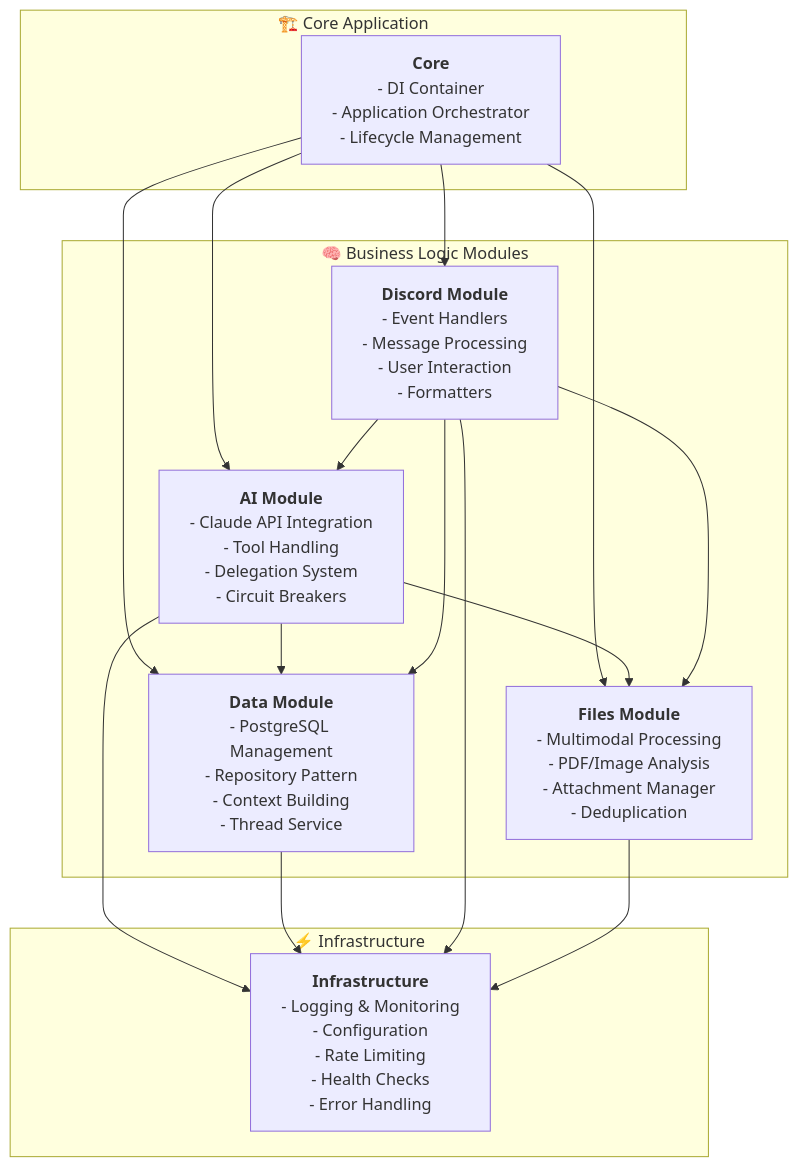
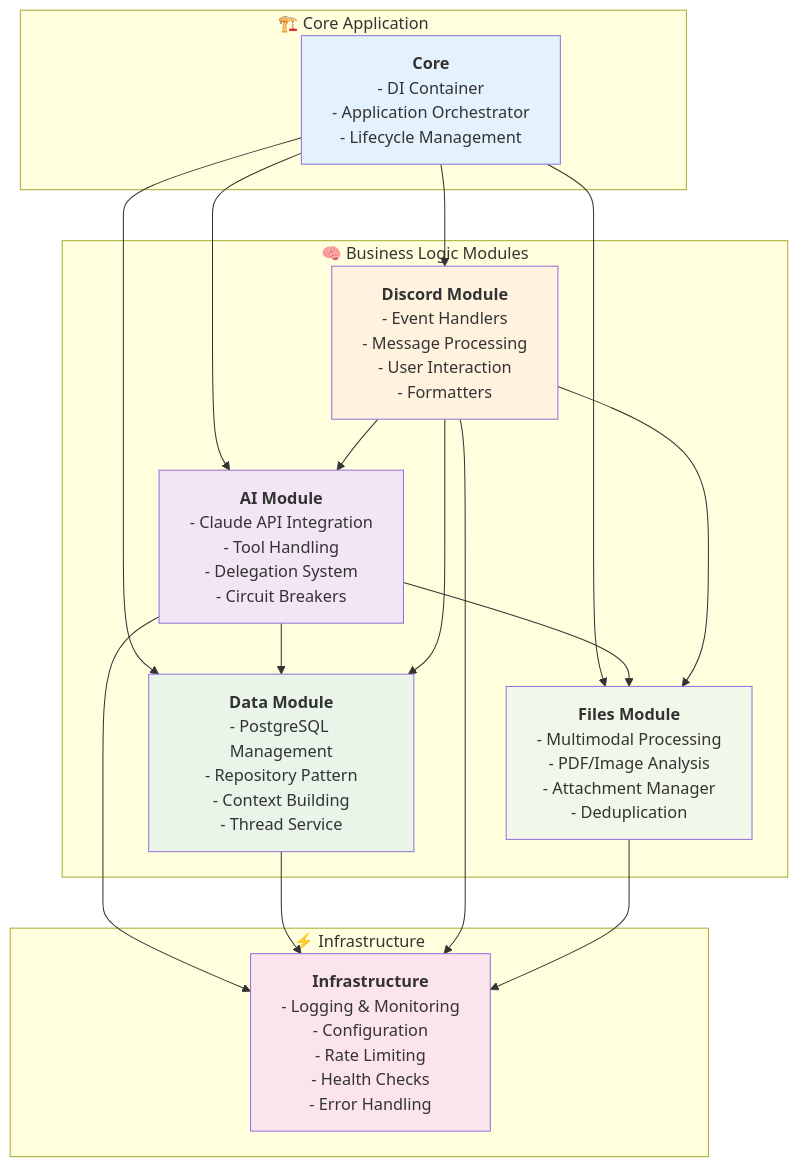
One commit to Surebob/discord-claude changed the first of 13 diagrams in README.md. Above: the diagram before and after it, drawn with Mermaid. The commit also changed other lines of this file, not shown here.

````diff
--- a/README.md
+++ b/README.md
@@ -12,60 +12,67 @@
 ```mermaid
 graph TB
     subgraph "🏗️ Core Application"
         Core["`**Core**
         - DI Container
         - Application Orchestrator
         - Lifecycle Management`"]
     end
     
     subgraph "🧠 Business Logic Modules"
         AI["`**AI Module**
         - Claude API Integration
         - Tool Handling
         - Delegation System
         - Circuit Breakers`"]
         
         Data["`**Data Module**
         - PostgreSQL Management
         - Repository Pattern
         - Context Building
         - Thread Service`"]
         
         Discord["`**Discord Module**
         - Event Handlers
         - Message Processing
         - User Interaction
         - Formatters`"]
         
         Files["`**Files Module**
         - Multimodal Processing
         - PDF/Image Analysis
         - Attachment Manager
         - Deduplication`"]
     end
     
     subgraph "⚡ Infrastructure"
         Infra["`**Infrastructure**
         - Logging & Monitoring
         - Configuration
         - Rate Limiting
         - Health Checks
         - Error Handling`"]
     end
     
     Core --> AI
     Core --> Data
     Core --> Discord
     Core --> Files
     
     AI --> Data
     AI --> Files
     Discord --> AI
     Discord --> Files
     Discord --> Data
     
     AI --> Infra
     Data --> Infra
     Discord --> Infra
     Files --> Infra
+    
+    style Core fill:#e3f2fd
+    style AI fill:#f3e5f5
+    style Data fill:#e8f5e8
+    style Discord fill:#fff3e0
+    style Files fill:#f1f8e9
+    style Infra fill:#fce4ec
 ```
````
